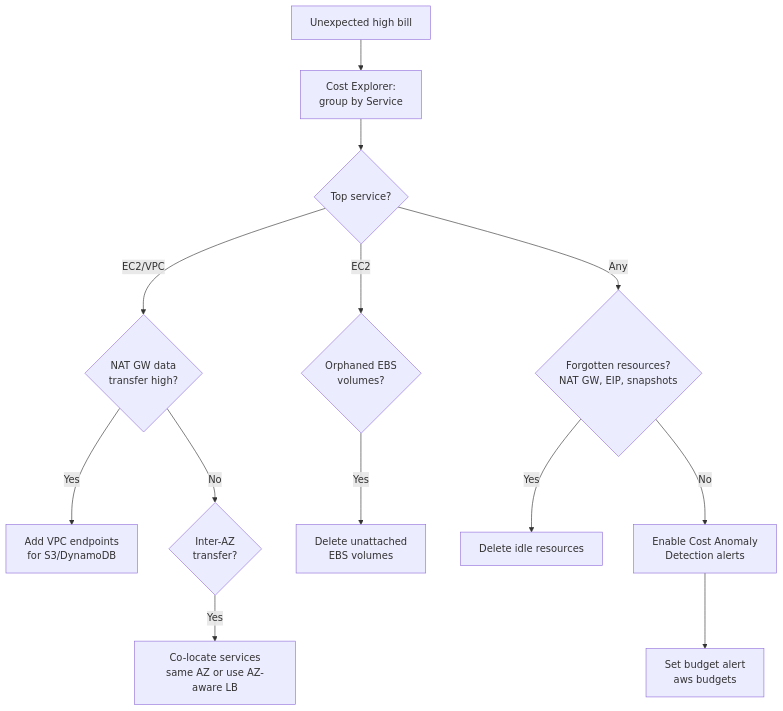
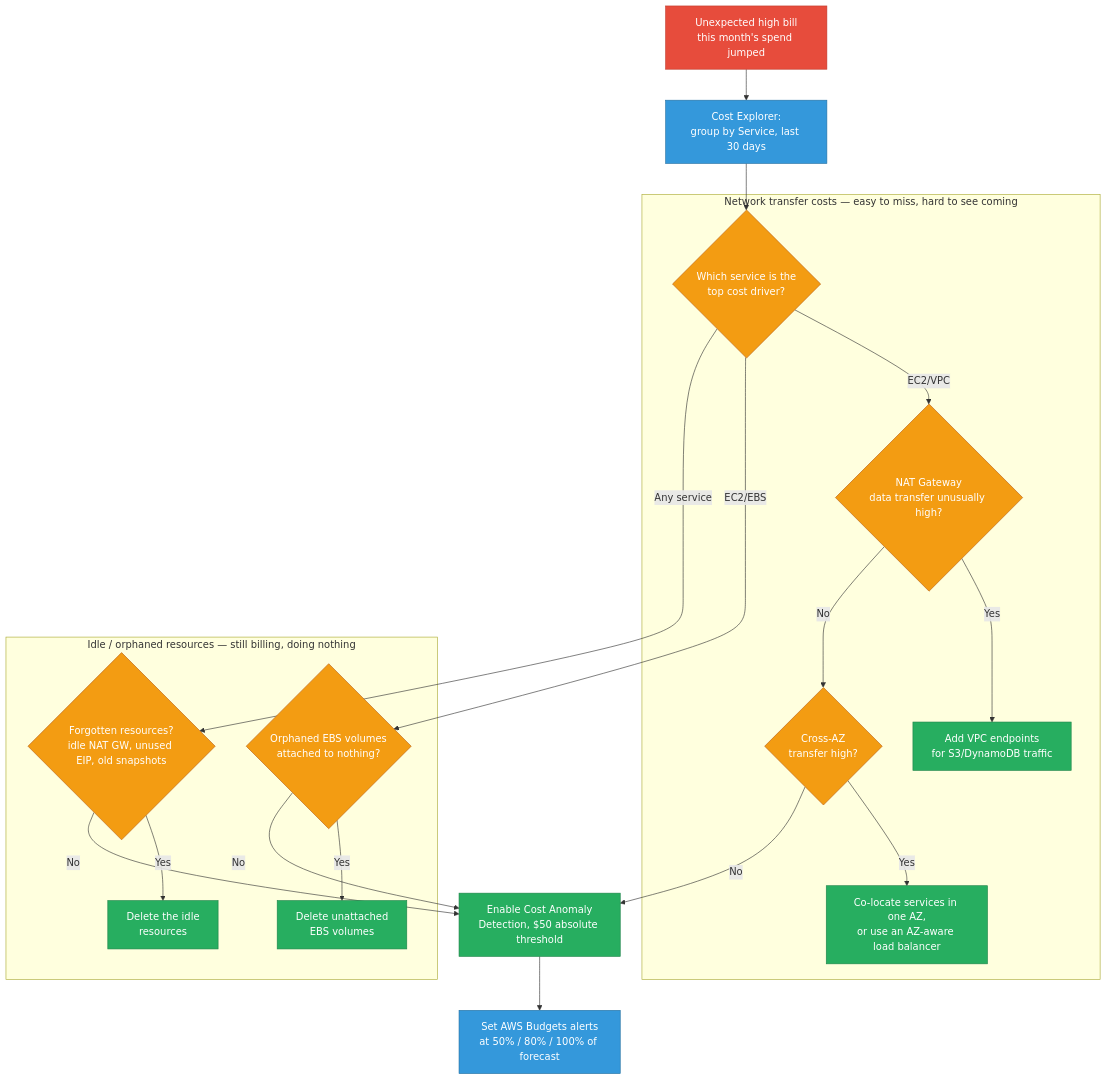
The tenth of 10 diagrams in sre/aws-scenarios.md (deepanshu-rawat6/DevOpsIndex), drawn with Mermaid before and after one commit. The commit also changed other lines of this file and 7 other files, not shown here.

````diff
--- a/sre/aws-scenarios.md
+++ b/sre/aws-scenarios.md
@@ -770,15 +774,29 @@
 ```mermaid
 flowchart TD
-    A[Unexpected high bill] --> B[Cost Explorer:<br/>group by Service]
-    B --> C{Top service?}
-    C -- EC2/VPC --> D{NAT GW data<br/>transfer high?}
-    D -- Yes --> D1[Add VPC endpoints<br/>for S3/DynamoDB]
-    D -- No --> D2{Inter-AZ<br/>transfer?}
-    D2 -- Yes --> D3[Co-locate services<br/>same AZ or use AZ-aware LB]
-    C -- EC2 --> E{Orphaned EBS<br/>volumes?}
-    E -- Yes --> E1[Delete unattached<br/>EBS volumes]
-    C -- Any --> F{Forgotten resources?<br/>NAT GW, EIP, snapshots}
-    F -- Yes --> F1[Delete idle resources]
-    F -- No --> G[Enable Cost Anomaly<br/>Detection alerts]
-    G --> H[Set budget alert<br/>aws budgets]
+    classDef err fill:#e74c3c,stroke:#c0392b,color:#fff
+    classDef decision fill:#f39c12,stroke:#ba6018,color:#fff
+    classDef fix fill:#27ae60,stroke:#1e8449,color:#fff
+    classDef verify fill:#3498db,stroke:#2471a3,color:#fff
+
+    A[Unexpected high bill<br/>this month's spend jumped]:::err --> B[Cost Explorer:<br/>group by Service, last 30 days]:::verify
+    B --> C{Which service is the<br/>top cost driver?}:::decision
+
+    subgraph NETCOST["Network transfer costs — easy to miss, hard to see coming"]
+        C -- EC2/VPC --> D{NAT Gateway<br/>data transfer unusually high?}:::decision
+        D -- Yes --> D1[Add VPC endpoints<br/>for S3/DynamoDB traffic]:::fix
+        D -- No --> D2{Cross-AZ<br/>transfer high?}:::decision
+        D2 -- Yes --> D3[Co-locate services in one AZ,<br/>or use an AZ-aware load balancer]:::fix
+    end
+
+    subgraph IDLE["Idle / orphaned resources — still billing, doing nothing"]
+        C -- EC2/EBS --> E{Orphaned EBS volumes<br/>attached to nothing?}:::decision
+        E -- Yes --> E1[Delete unattached<br/>EBS volumes]:::fix
+        C -- Any service --> F{Forgotten resources?<br/>idle NAT GW, unused EIP, old snapshots}:::decision
+        F -- Yes --> F1[Delete the idle<br/>resources]:::fix
+    end
+
+    D2 -- No --> G
+    E -- No --> G
+    F -- No --> G[Enable Cost Anomaly<br/>Detection, $50 absolute threshold]:::fix
+    G --> H[Set AWS Budgets alerts<br/>at 50% / 80% / 100% of forecast]:::verify
 ```
````
